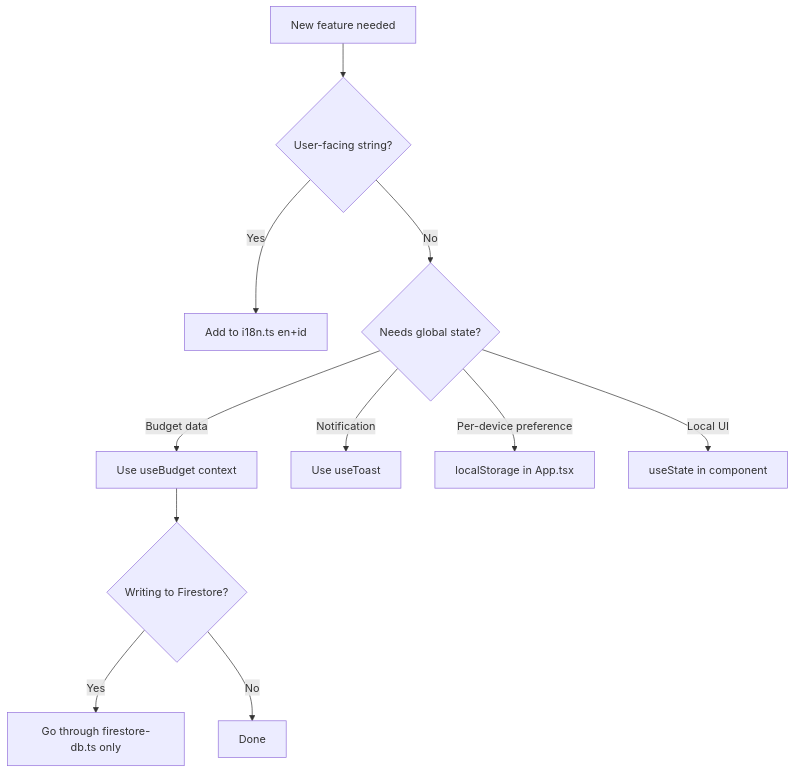
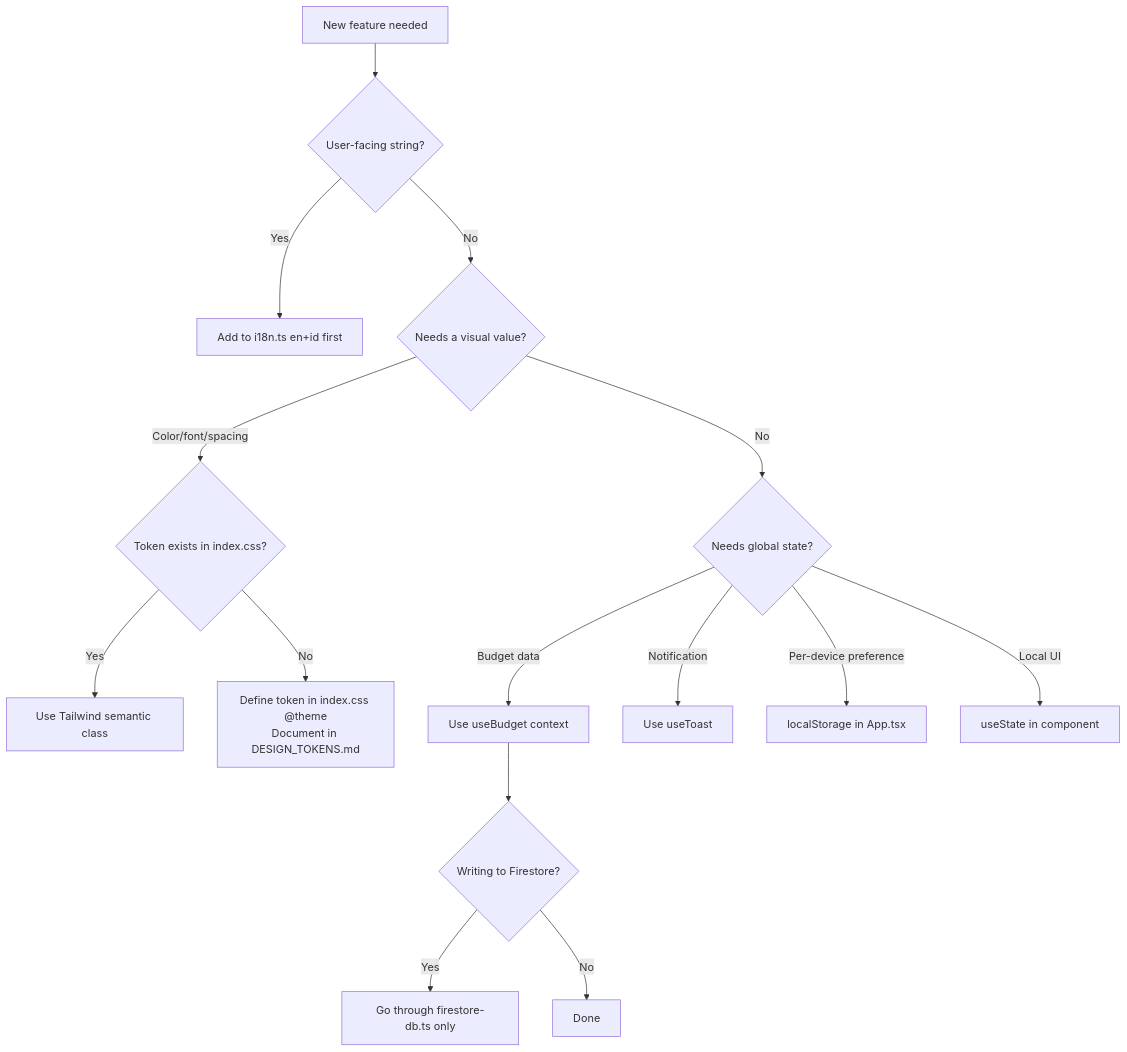
One commit to argaghulamahmad/FireBudgetTrackerForecaster changed the diagram in agent_docs/ANTI_PATTERNS.md. Above: the diagram before and after it, drawn with Mermaid. The commit also changed other lines of this file and 3 other files, not shown here.

Commit message:
feat: update documentation for design tokens and i18n architecture, adding guidelines for usage and best practices

````diff
--- a/agent_docs/ANTI_PATTERNS.md
+++ b/agent_docs/ANTI_PATTERNS.md
@@ -89,13 +174,17 @@
 ```mermaid
 flowchart TD
   A[New feature needed] --> B{User-facing string?}
-  B -- Yes --> C[Add to i18n.ts en+id]
-  B -- No --> D{Needs global state?}
-  D -- Budget data --> E[Use useBudget context]
-  D -- Notification --> F[Use useToast]
-  D -- Per-device preference --> G[localStorage in App.tsx]
-  D -- Local UI --> H[useState in component]
-  E --> I{Writing to Firestore?}
-  I -- Yes --> J[Go through firestore-db.ts only]
-  I -- No --> K[Done]
+  B -- Yes --> C[Add to i18n.ts en+id first]
+  B -- No --> D{Needs a visual value?}
+  D -- Color/font/spacing --> E{Token exists in index.css?}
+  E -- Yes --> F[Use Tailwind semantic class]
+  E -- No --> G[Define token in index.css @theme\nDocument in DESIGN_TOKENS.md]
+  D -- No --> H{Needs global state?}
+  H -- Budget data --> I[Use useBudget context]
+  H -- Notification --> J[Use useToast]
+  H -- Per-device preference --> K[localStorage in App.tsx]
+  H -- Local UI --> L[useState in component]
+  I --> M{Writing to Firestore?}
+  M -- Yes --> N[Go through firestore-db.ts only]
+  M -- No --> O[Done]
 ```
````
